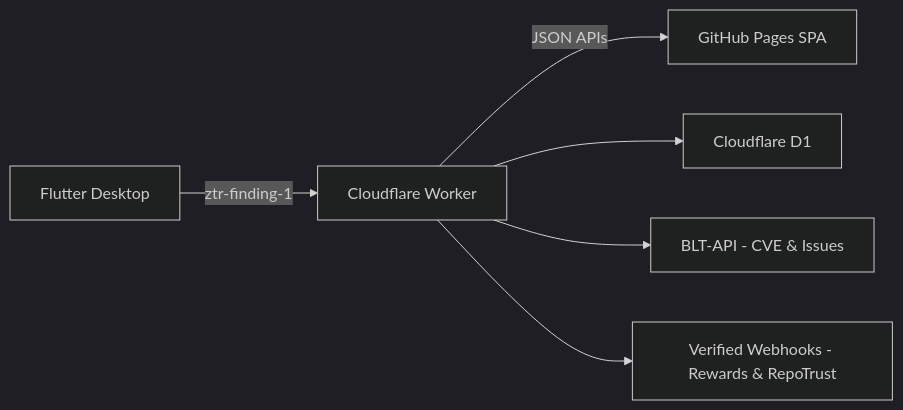
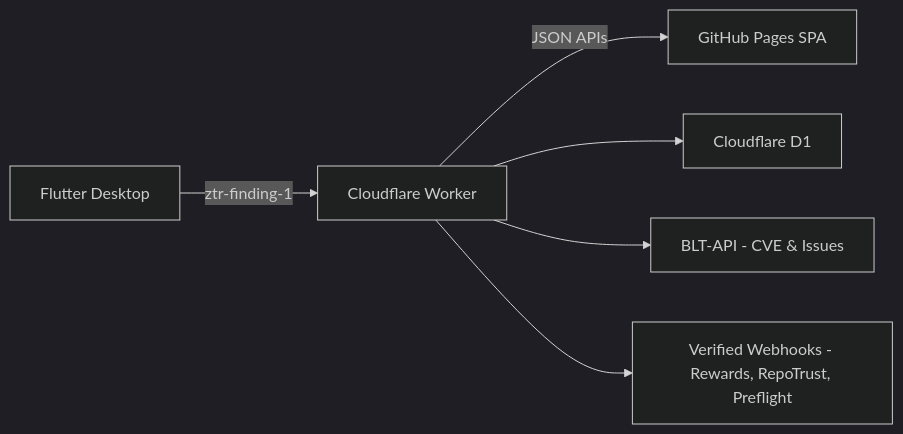
The first of 2 diagrams in README.md (Pritz395/Just-the-approach-), drawn with Mermaid (dark theme) before and after one commit. The commit also changed other lines of this file, not shown here.

Commit message:
Full GSoC proposal: Abstract, Scope, diagrams, 12-week plan, Deliverables, Risks, Communication, Contributions, About Me, Why/What I Want, Appendix; Preflight naming

````diff
--- a/README.md
+++ b/README.md
@@ -20,8 +27,8 @@
 ```mermaid
 flowchart LR
   Flutter["Flutter Desktop"] -->|ztr-finding-1| Worker["Cloudflare Worker"]
   Worker -->|JSON APIs| SPA["GitHub Pages SPA"]
   Worker --> D1["Cloudflare D1"]
   Worker --> BLTAPI["BLT-API - CVE & Issues"]
-  Worker --> Down["Verified Webhooks - Rewards & RepoTrust"]
+  Worker --> Down["Verified Webhooks - Rewards, RepoTrust, Preflight"]
 ```
````
